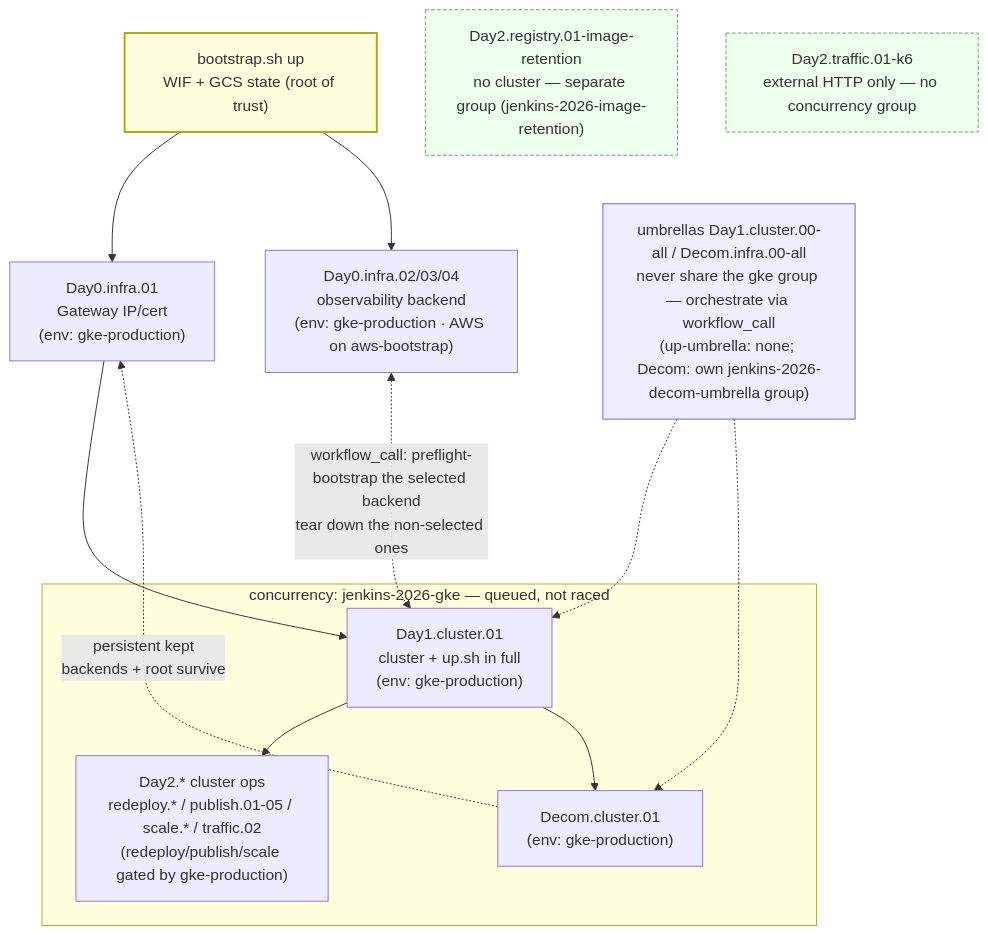
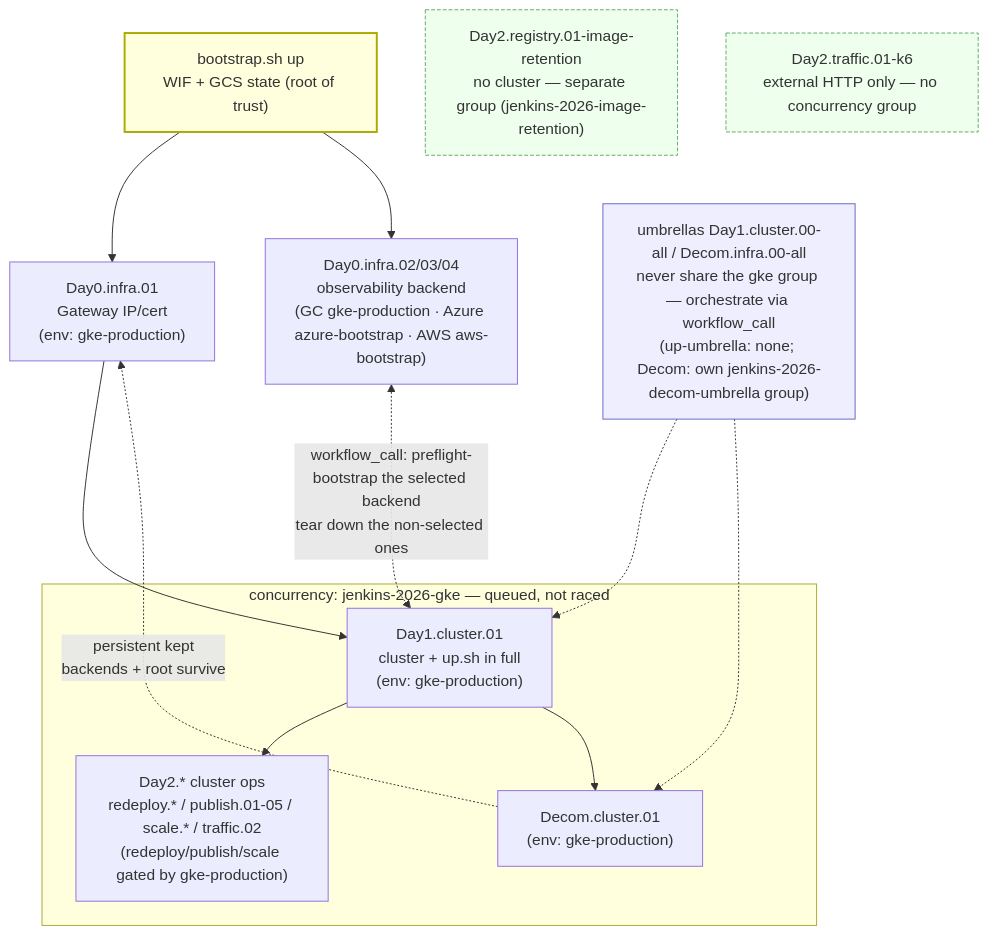
One commit to nubenetes/jenkins-2026 changed the sixth of 10 diagrams in docs/101-GITHUB_ACTIONS_WORKFLOWS.md. Above: the diagram before and after it, drawn with Mermaid. The commit also changed other lines of this file and 11 other files, not shown here.

First line of the commit message:
feat(azure): split the Azure OIDC identity into bootstrap + publish apps (#576)

````diff
--- a/docs/101-GITHUB_ACTIONS_WORKFLOWS.md
+++ b/docs/101-GITHUB_ACTIONS_WORKFLOWS.md
@@ -399,26 +400,26 @@
 ```mermaid
 flowchart TD
     boot["bootstrap.sh up<br/>WIF + GCS state (root of trust)"]:::root
     gw["Day0.infra.01<br/>Gateway IP/cert<br/>(env: gke-production)"]
-    bk["Day0.infra.02/03/04<br/>observability backend<br/>(env: gke-production · AWS on aws-bootstrap)"]
+    bk["Day0.infra.02/03/04<br/>observability backend<br/>(GC gke-production · Azure azure-bootstrap · AWS aws-bootstrap)"]
     boot --> gw
     boot --> bk
     gw --> day1
     bk <-.->|"workflow_call: preflight-bootstrap the selected backend<br/>tear down the non-selected ones"| day1
     subgraph cc["concurrency: jenkins-2026-gke — queued, not raced"]
         day1["Day1.cluster.01<br/>cluster + up.sh in full<br/>(env: gke-production)"]
         d2["Day2.* cluster ops<br/>redeploy.* / publish.01-05 / scale.* / traffic.02<br/>(redeploy/publish/scale gated by gke-production)"]
         decom["Decom.cluster.01<br/>(env: gke-production)"]
     end
     day1 --> d2
     day1 --> decom
     decom -.->|persistent kept<br/>backends + root survive| gw
     nocc["Day2.registry.01-image-retention<br/>no cluster — separate group (jenkins-2026-image-retention)"]:::nocc
     k6nocc["Day2.traffic.01-k6<br/>external HTTP only — no concurrency group"]:::nocc
     umb["umbrellas Day1.cluster.00-all / Decom.infra.00-all<br/>never share the gke group — orchestrate via workflow_call<br/>(up-umbrella: none; Decom: own jenkins-2026-decom-umbrella group)"]:::umb
     umb -.-> day1
     umb -.-> decom
     classDef root fill:#ffd,stroke:#aa0,stroke-width:2px;
     classDef umb fill:#eef,stroke:#66c;
     classDef nocc fill:#efe,stroke:#6a6,stroke-dasharray:4 2;
 ```
````
